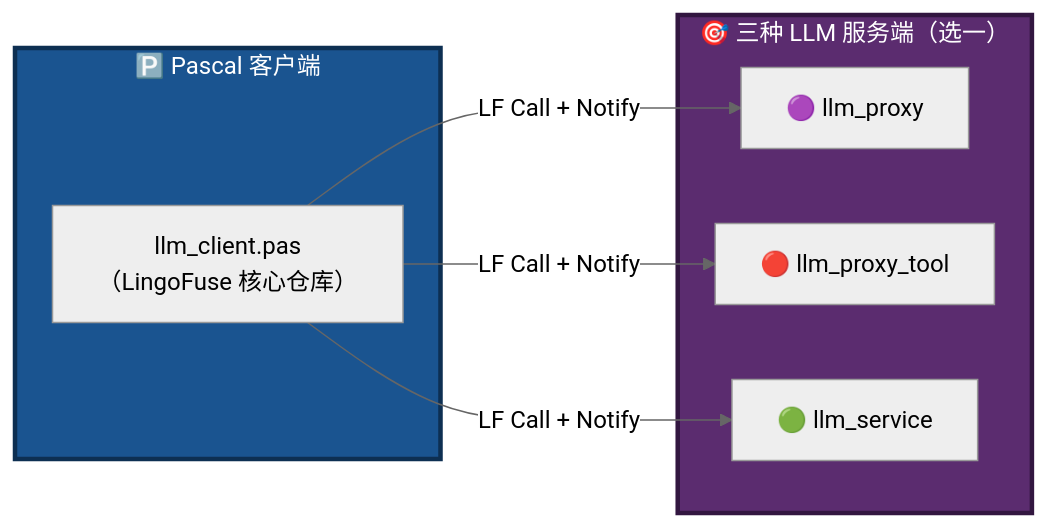
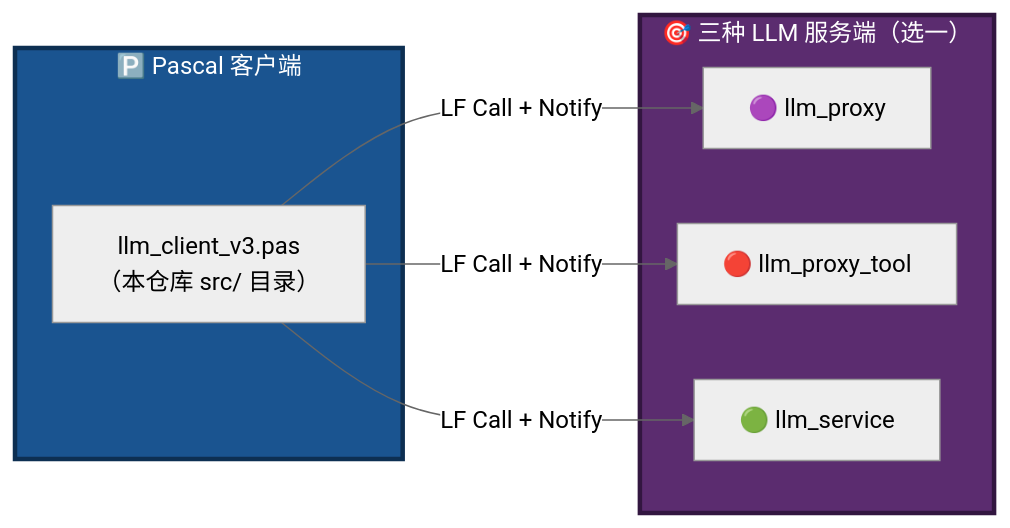
The seventh of 10 diagrams in readme.md (PassByYou888/LingoFuse-pasAgent-v3), drawn with Mermaid (neutral theme) before and after one commit. The commit also changed other lines of this file, not shown here.

````diff
--- a/readme.md
+++ b/readme.md
@@ -334,19 +335,19 @@
 ```mermaid
 flowchart LR
     subgraph CLIENT["🅿️ Pascal 客户端"]
-        C1["llm_client.pas<br/>（LingoFuse 核心仓库）"]
+        C1["llm_client_v3.pas<br/>（本仓库 src/ 目录）"]
     end
 
     subgraph SERVERS["🎯 三种 LLM 服务端（选一）"]
         S1["🟣 llm_proxy"]
         S2["🔴 llm_proxy_tool"]
         S3["🟢 llm_service"]
     end
 
     C1 -->|"LF Call + Notify"| S1
     C1 -->|"LF Call + Notify"| S2
     C1 -->|"LF Call + Notify"| S3
 
     style CLIENT fill:#1A5490,stroke:#0D2F52,stroke-width:3px,color:#FFFFFF
     style SERVERS fill:#5B2C6F,stroke:#321640,stroke-width:3px,color:#FFFFFF
 ```
````
